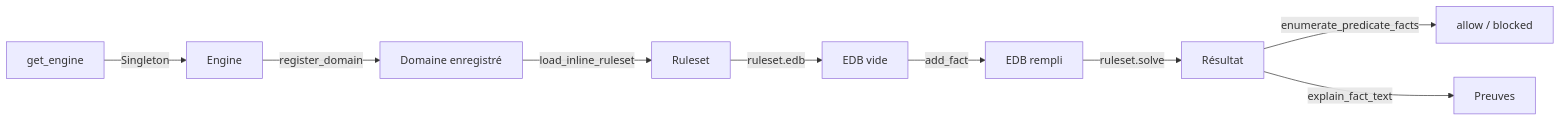
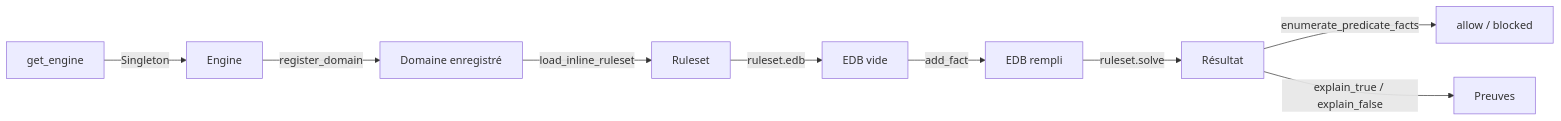
Before and after one commit to Teris35740/SUMMER_INTERNSHIP_INRIA: the diagram in docs/03-moteur-datalog.md, drawn with Mermaid. The commit also changed other lines of this file and 3 other files, not shown here.

````diff
--- a/docs/03-moteur-datalog.md
+++ b/docs/03-moteur-datalog.md
@@ -107,11 +107,11 @@
 ```mermaid
 flowchart LR
     A[get_engine] -->|Singleton| B[Engine]
     B -->|register_domain| C[Domaine enregistré]
     C -->|load_inline_ruleset| D[Ruleset]
     D -->|ruleset.edb| E[EDB vide]
     E -->|add_fact| F[EDB rempli]
     F -->|ruleset.solve| G[Résultat]
     G -->|enumerate_predicate_facts| H[allow / blocked]
-    G -->|explain_fact_text| I[Preuves]
+    G -->|explain_true / explain_false| I[Preuves]
 ```
````
